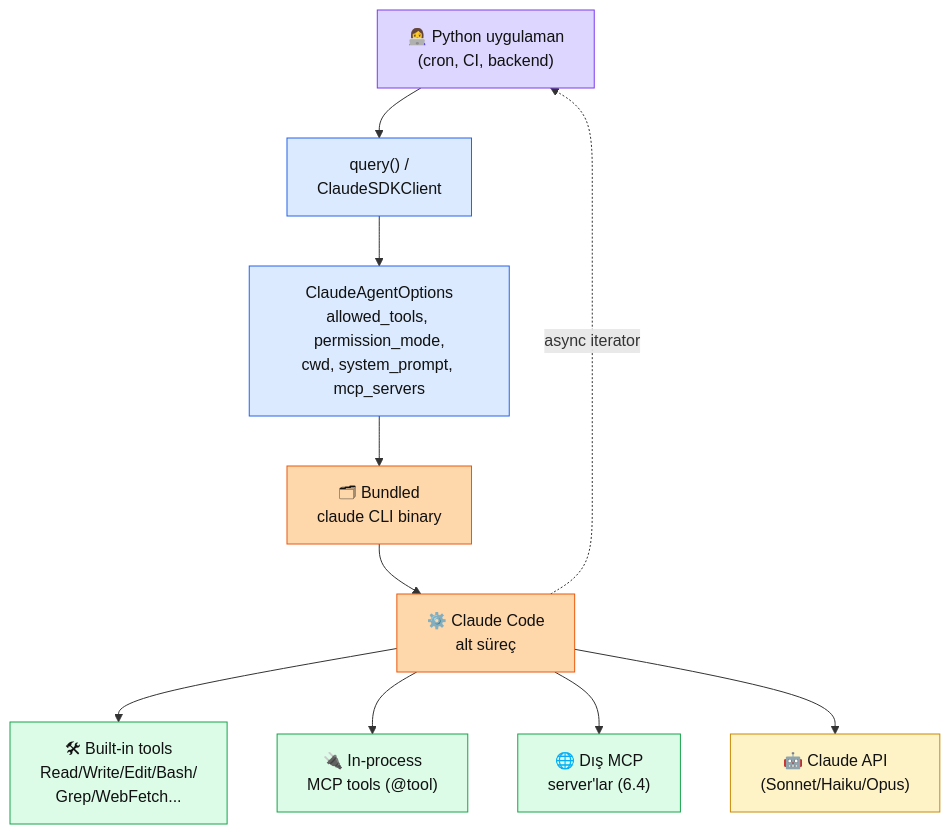
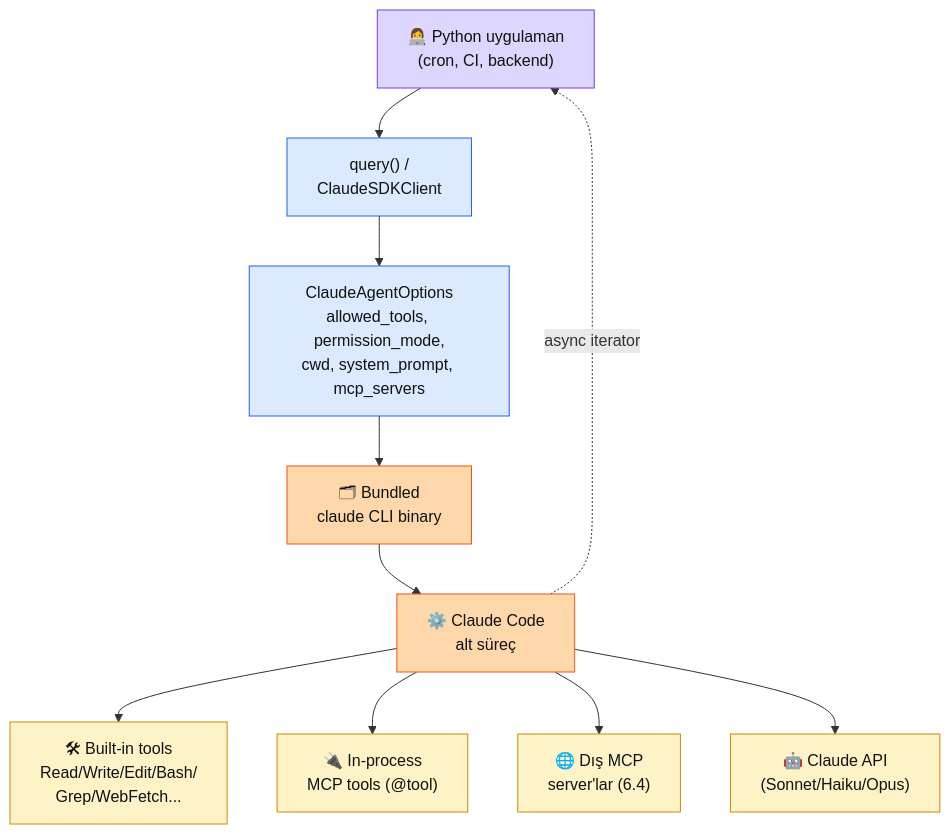
Before and after one commit to KemalG-u/muhendisal-platform: the diagram in docs/bolum-6/06-claude-sdk.md, drawn with Mermaid. The commit also changed other lines of this file and 20 other files, not shown here.

````diff
--- a/docs/bolum-6/06-claude-sdk.md
+++ b/docs/bolum-6/06-claude-sdk.md
@@ -38,32 +39,32 @@
 ```mermaid
 flowchart TB
   APP["👩‍💻 Python uygulaman\n(cron, CI, backend)"]
   QAPI["query() /\nClaudeSDKClient"]
   OPTS["ClaudeAgentOptions\nallowed_tools, permission_mode,\ncwd, system_prompt, mcp_servers"]
   BIN["🗂 Bundled\nclaude CLI binary"]
   CC["⚙️ Claude Code\nalt süreç"]
   TOOLS["🛠 Built-in tools\nRead/Write/Edit/Bash/\nGrep/WebFetch..."]
   CUSTOM["🔌 In-process\nMCP tools (@tool)"]
   MCP["🌐 Dış MCP\nserver'lar (6.4)"]
   API["🤖 Claude API\n(Sonnet/Haiku/Opus)"]
 
   APP --> QAPI
   QAPI --> OPTS
   OPTS --> BIN --> CC
   CC --> TOOLS
   CC --> CUSTOM
   CC --> MCP
   CC --> API
   CC -.async iterator.-> APP
 
   classDef app fill:#ddd6fe,stroke:#7c3aed,color:#111
   classDef sdk fill:#dbeafe,stroke:#2563eb,color:#111
   classDef bin fill:#fed7aa,stroke:#ea580c,color:#111
-  classDef tools fill:#dcfce7,stroke:#16a34a,color:#111
+  classDef tools fill:#fef3c7,stroke:#ca8a04,color:#111
   classDef api fill:#fef3c7,stroke:#ca8a04,color:#111
   class APP app
   class QAPI,OPTS sdk
   class BIN,CC bin
   class TOOLS,CUSTOM,MCP tools
   class API api
 ```
````
